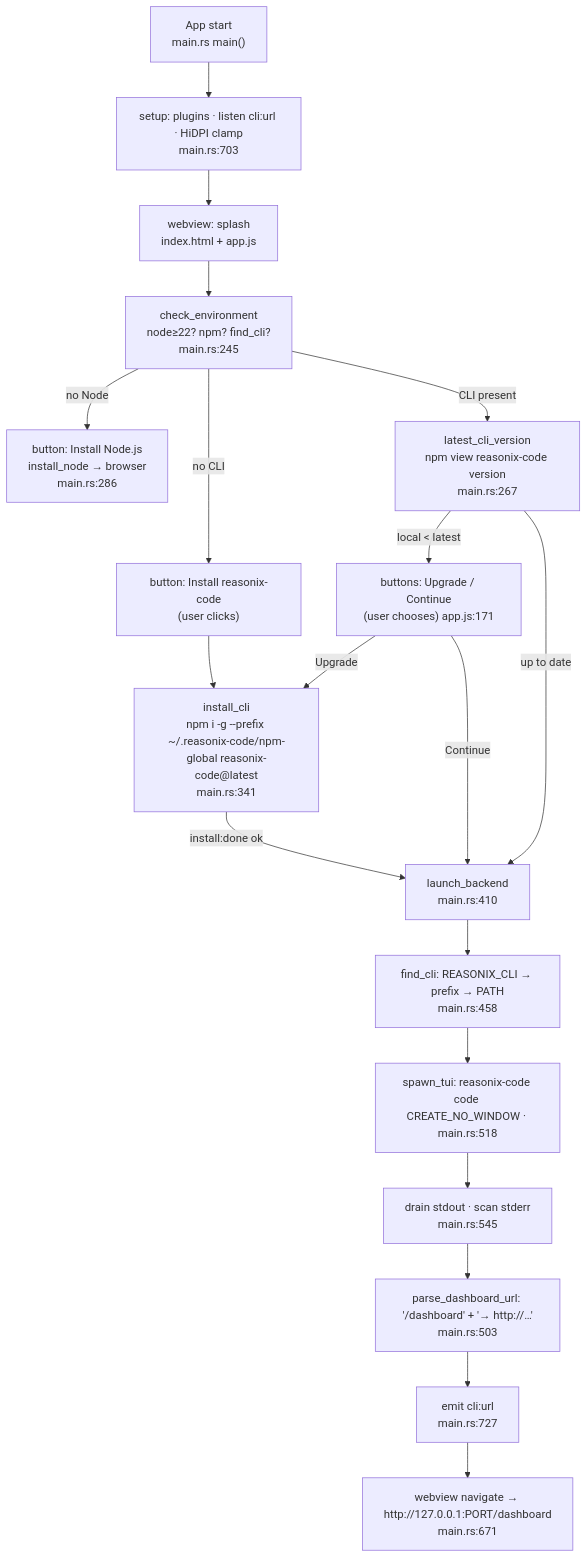
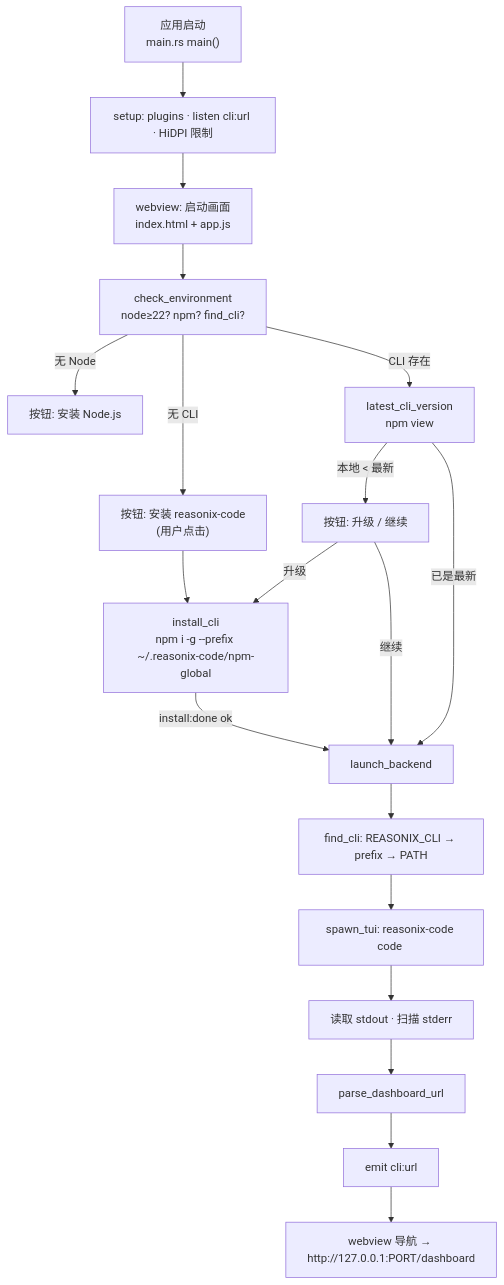
Before and after one commit to Zehee/Reasonix-Code: the third of 7 diagrams in docs/flow-overview.md, drawn with Mermaid. The commit also changed other lines of this file and 10 other files, not shown here.

````diff
--- a/docs/flow-overview.md
+++ b/docs/flow-overview.md
@@ -114,24 +102,24 @@
 ```mermaid
 flowchart TD
-    START["App start<br/>main.rs main()"] --> SETUP["setup: plugins · listen cli:url · HiDPI clamp<br/>main.rs:703"]
-    SETUP --> SPLASH["webview: splash<br/>index.html + app.js"]
-    SPLASH --> CHK["check_environment<br/>node≥22? npm? find_cli?<br/>main.rs:245"]
+    START["应用启动<br/>main.rs main()"] --> SETUP["setup: plugins · listen cli:url · HiDPI 限制"]
+    SETUP --> SPLASH["webview: 启动画面<br/>index.html + app.js"]
+    SPLASH --> CHK["check_environment<br/>node≥22? npm? find_cli?"]
 
-    CHK -- "no Node" --> NODE["button: Install Node.js<br/>install_node → browser<br/>main.rs:286"]
-    CHK -- "no CLI" --> ASKINSTALL["button: Install reasonix-code<br/>(user clicks)"]
-    CHK -- "CLI present" --> VER["latest_cli_version<br/>npm view reasonix-code version<br/>main.rs:267"]
-    VER -- "local < latest" --> ASKUP["buttons: Upgrade / Continue<br/>(user chooses) app.js:171"]
-    VER -- "up to date" --> LAUNCH
+    CHK -- "无 Node" --> NODE["按钮: 安装 Node.js"]
+    CHK -- "无 CLI" --> ASKINSTALL["按钮: 安装 reasonix-code<br/>(用户点击)"]
+    CHK -- "CLI 存在" --> VER["latest_cli_version<br/>npm view"]
+    VER -- "本地 < 最新" --> ASKUP["按钮: 升级 / 继续"]
+    VER -- "已是最新" --> LAUNCH
 
-    ASKINSTALL --> INSTALL["install_cli<br/>npm i -g --prefix ~/.reasonix-code/npm-global reasonix-code@latest<br/>main.rs:341"]
-    ASKUP -- Upgrade --> INSTALL
-    ASKUP -- Continue --> LAUNCH
-    INSTALL -- "install:done ok" --> LAUNCH["launch_backend<br/>main.rs:410"]
+    ASKINSTALL --> INSTALL["install_cli<br/>npm i -g --prefix ~/.reasonix-code/npm-global"]
+    ASKUP -- 升级 --> INSTALL
+    ASKUP -- 继续 --> LAUNCH
+    INSTALL -- "install:done ok" --> LAUNCH["launch_backend"]
 
-    LAUNCH --> FIND["find_cli: REASONIX_CLI → prefix → PATH<br/>main.rs:458"]
-    FIND --> SPAWN["spawn_tui: reasonix-code code <cwd><br/>CREATE_NO_WINDOW · main.rs:518"]
-    SPAWN --> DRAIN["drain stdout · scan stderr<br/>main.rs:545"]
-    DRAIN --> PARSE["parse_dashboard_url: '/dashboard' + '→ http://…'<br/>main.rs:503"]
-    PARSE --> EMIT["emit cli:url<br/>main.rs:727"]
-    EMIT --> NAV["webview navigate → http://127.0.0.1:PORT/dashboard<br/>main.rs:671"]
+    LAUNCH --> FIND["find_cli: REASONIX_CLI → prefix → PATH"]
+    FIND --> SPAWN["spawn_tui: reasonix-code code <cwd>"]
+    SPAWN --> DRAIN["读取 stdout · 扫描 stderr"]
+    DRAIN --> PARSE["parse_dashboard_url"]
+    PARSE --> EMIT["emit cli:url"]
+    EMIT --> NAV["webview 导航 → http://127.0.0.1:PORT/dashboard"]
 ```
````
